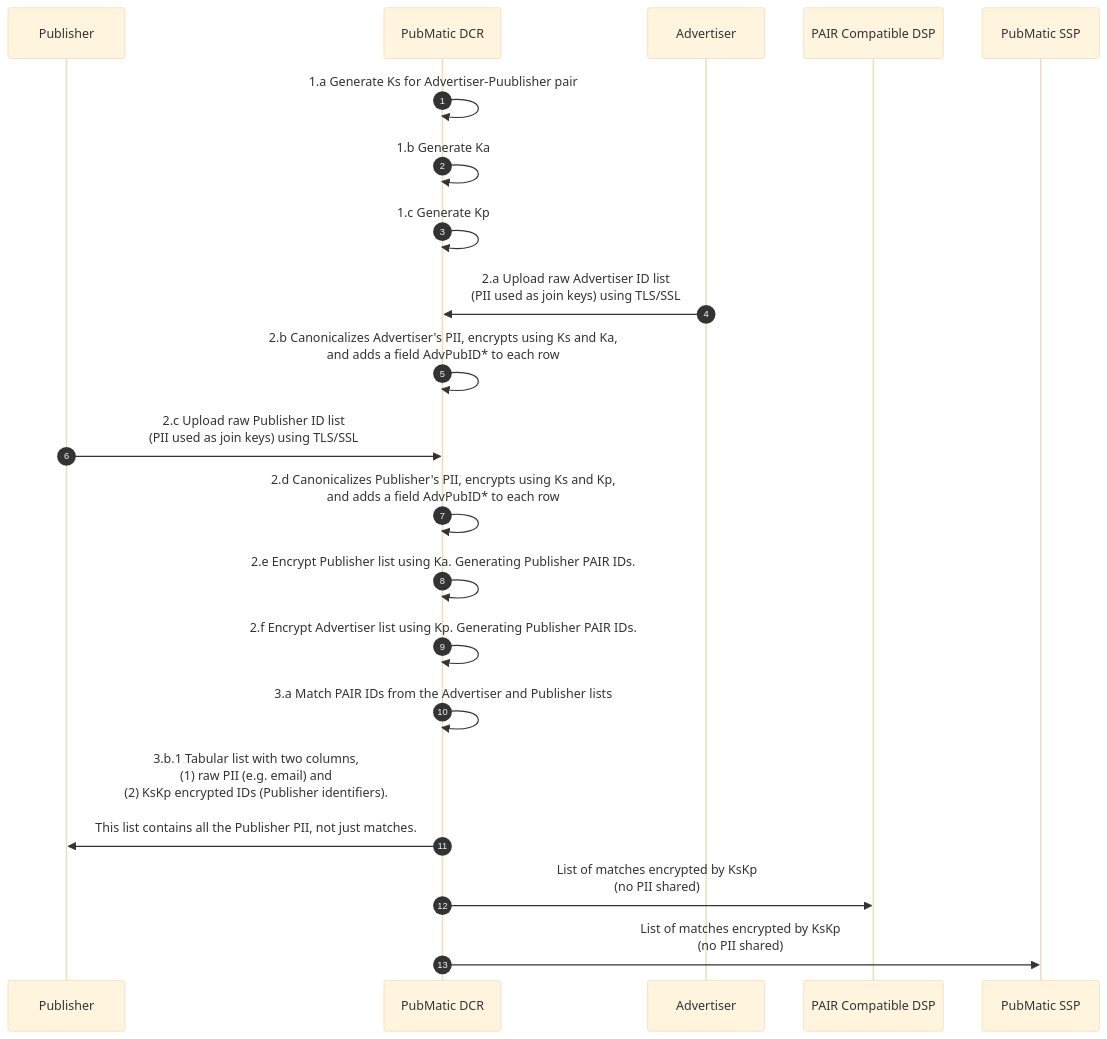
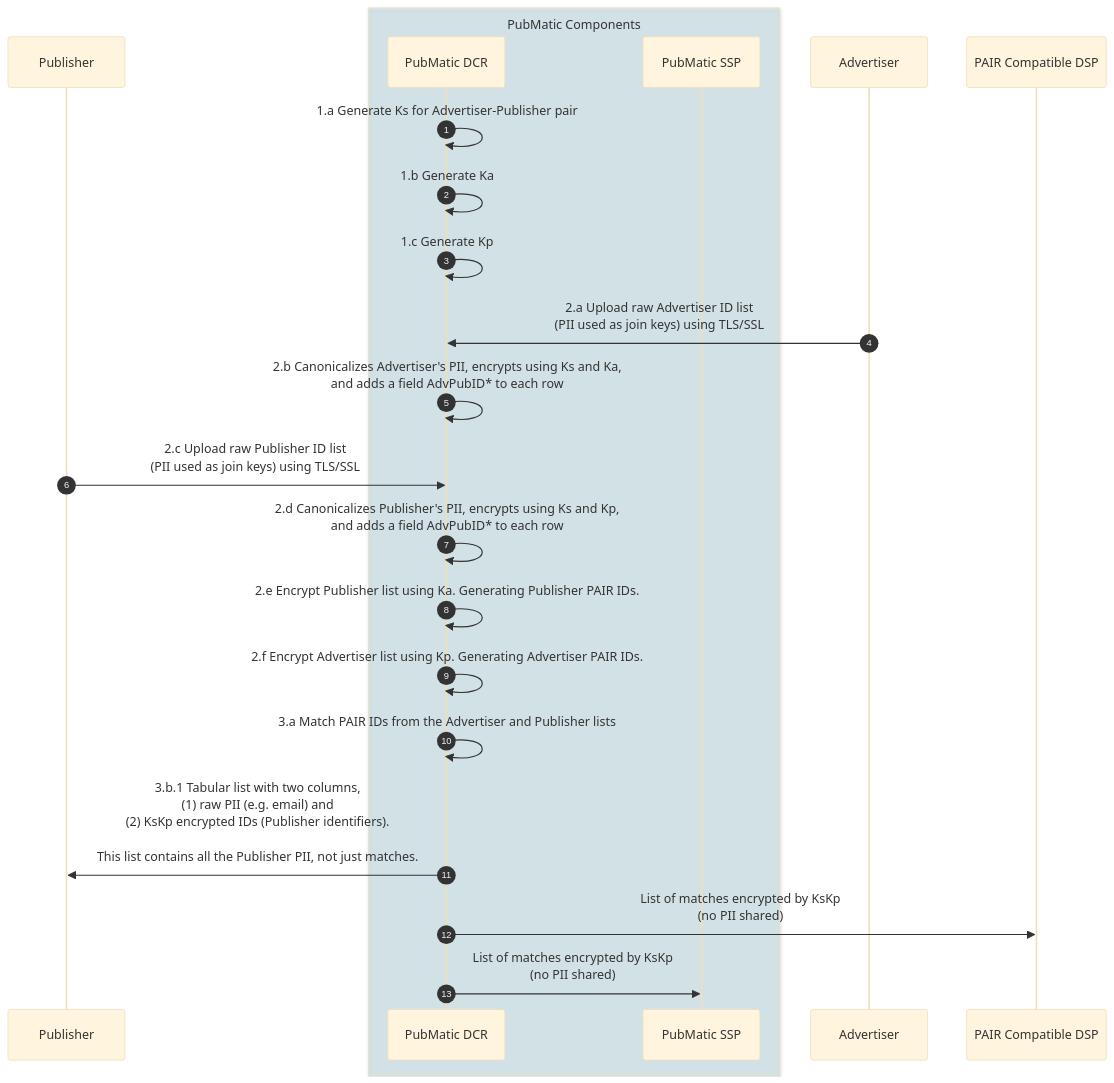
Before and after one commit to pm-harshad-mane/Diagrams: the diagram in PAIR/PubMatic_DCR_PAIR.md, drawn with Mermaid.

````diff
--- a/PAIR/PubMatic_DCR_PAIR.md
+++ b/PAIR/PubMatic_DCR_PAIR.md
@@ -1,28 +1,34 @@
 ```mermaid
+
 %%{init: {'theme': 'base', 'themeVariables': { 'participantBkgColor': '#f0f0f0', 'participantBorderColor': '#000000' }}}%%
 sequenceDiagram
 autoNumber
+
 participant Pub as Publisher
-participant DCR as PubMatic DCR
+
+box rgba(173,216,230,0.35) PubMatic Components
+  participant DCR as PubMatic DCR
+  participant SSP as PubMatic SSP
+end
 participant Adv as Advertiser
 participant DSP as PAIR Compatible DSP
-participant SSP as PubMatic SSP
 
-
-DCR->>DCR: 1.a Generate Ks for Advertiser-Puublisher pair
+DCR->>DCR: 1.a Generate Ks for Advertiser-Publisher pair
 DCR->>DCR: 1.b Generate Ka
 DCR->>DCR: 1.c Generate Kp
 
 Adv->>DCR: 2.a Upload raw Advertiser ID list <br/>(PII used as join keys) using TLS/SSL
 DCR->>DCR: 2.b Canonicalizes Advertiser's PII, encrypts using Ks and Ka,<br/> and adds a field AdvPubID* to each row
 Pub->>DCR: 2.c Upload raw Publisher ID list <br/>(PII used as join keys) using TLS/SSL
 DCR->>DCR: 2.d Canonicalizes Publisher's PII, encrypts using Ks and Kp,<br/> and adds a field AdvPubID* to each row
 DCR->>DCR: 2.e Encrypt Publisher list using Ka. Generating Publisher PAIR IDs.
-DCR->>DCR: 2.f Encrypt Advertiser list using Kp. Generating Publisher PAIR IDs.
+DCR->>DCR: 2.f Encrypt Advertiser list using Kp. Generating Advertiser PAIR IDs.
 
 DCR->>DCR: 3.a Match PAIR IDs from the Advertiser and Publisher lists
 DCR->>Pub: 3.b.1 Tabular list with two columns, <br/>(1) raw PII (e.g. email) and <br/>(2) KsKp encrypted IDs (Publisher identifiers).<br/><br/>This list contains all the Publisher PII, not just matches.
 DCR->>DSP: List of matches encrypted by KsKp <br/>(no PII shared)
 DCR->>SSP: List of matches encrypted by KsKp <br/>(no PII shared)
 
+
+
 ```
````
